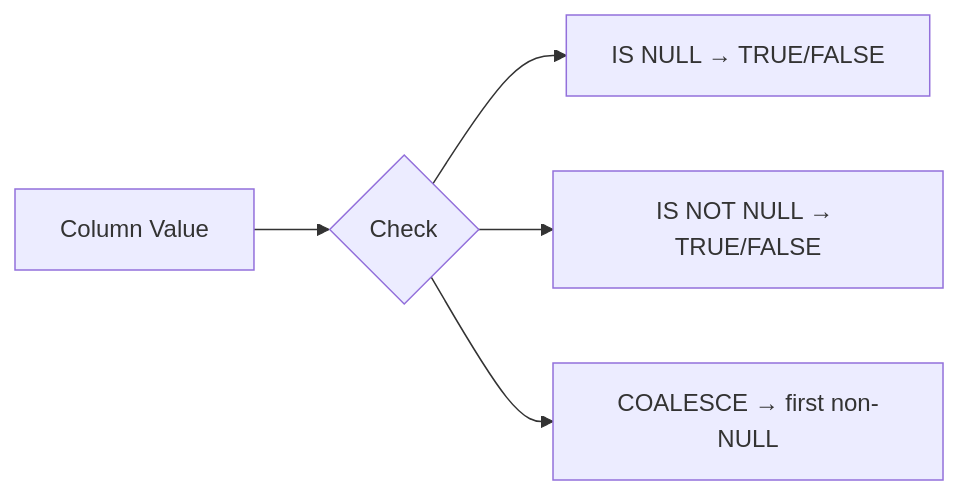
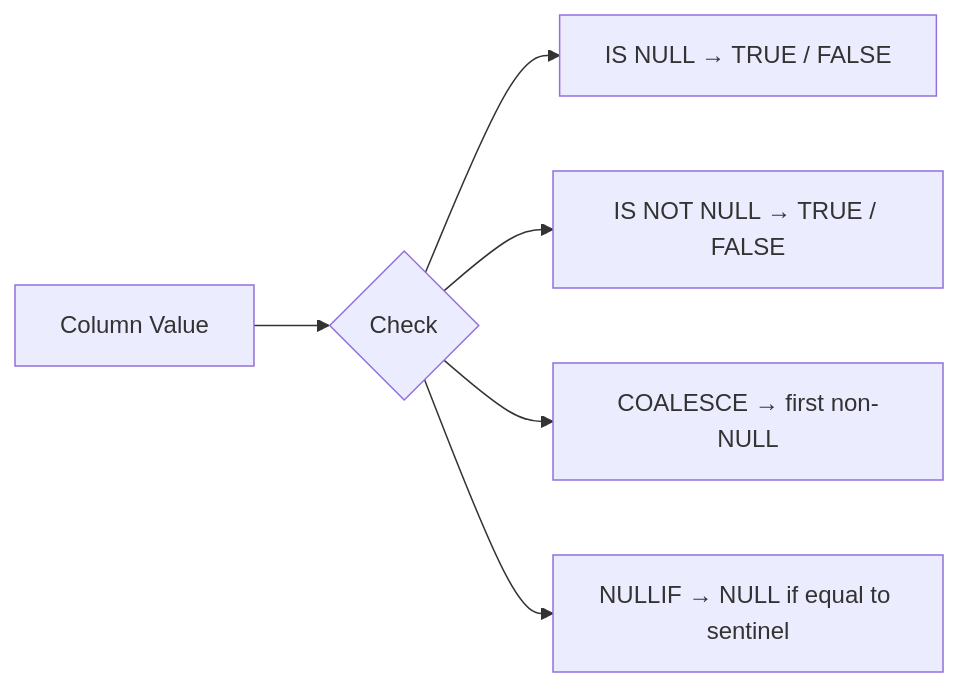
Before and after one commit to mahfooziiitian/spark-batch: the diagram in spark-sql/docs/nulls/check.md, drawn with Mermaid. The commit also changed other lines of this file and 223 other files, not shown here.

````diff
--- a/spark-sql/docs/nulls/check.md
+++ b/spark-sql/docs/nulls/check.md
@@ -8,7 +10,8 @@
 ```mermaid
 graph LR
     A[Column Value] --> B{Check}
-    B --> C["IS NULL → TRUE/FALSE"]
-    B --> D["IS NOT NULL → TRUE/FALSE"]
+    B --> C["IS NULL → TRUE / FALSE"]
+    B --> D["IS NOT NULL → TRUE / FALSE"]
     B --> E["COALESCE → first non-NULL"]
+    B --> F["NULLIF → NULL if equal to sentinel"]
 ```
````
